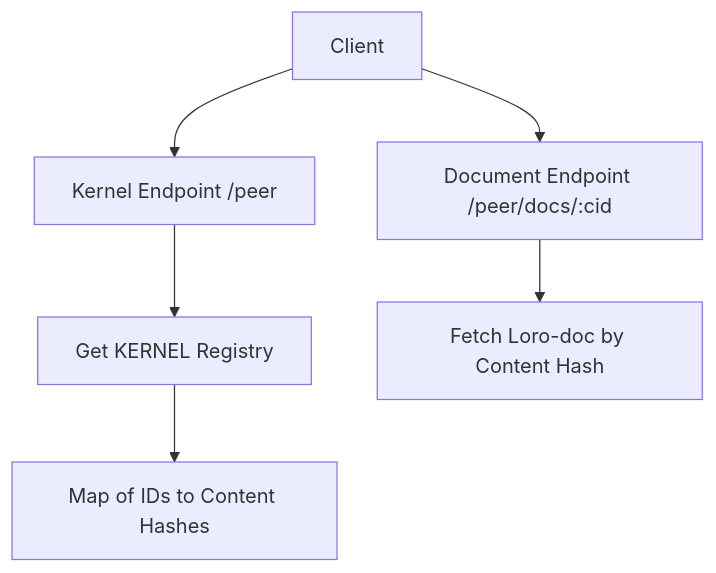
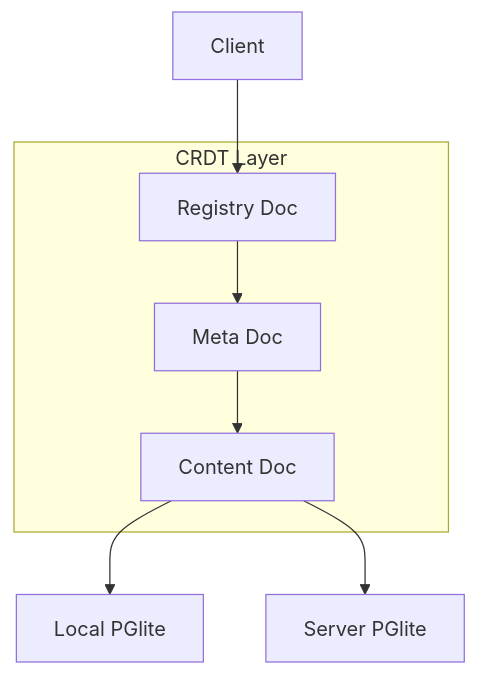
The diagram in src/lib/KERNEL/ARCHITECTURE.md (VisioncreatorEarth/hominio), drawn with Mermaid before and after one commit. The commit also changed other lines of this file and 4 other files, not shown here.

````diff
--- a/src/lib/KERNEL/ARCHITECTURE.md
+++ b/src/lib/KERNEL/ARCHITECTURE.md
@@ -21,8 +76,14 @@
 ```mermaid
 graph TD
-    A[Client] --> B[Kernel Endpoint /peer]
-    B --> C[Get KERNEL Registry]
-    C --> D[Map of IDs to Content Hashes]
-    A --> E[Document Endpoint /peer/docs/:cid]
-    E --> F[Fetch Loro-doc by Content Hash]
+    A[Client] --> B[Registry Doc]
+    B --> C[Meta Doc]
+    C --> D[Content Doc]
+    D --> E[Local PGlite]
+    D --> F[Server PGlite]
+    
+    subgraph "CRDT Layer"
+    B
+    C
+    D
+    end
 ```
````
